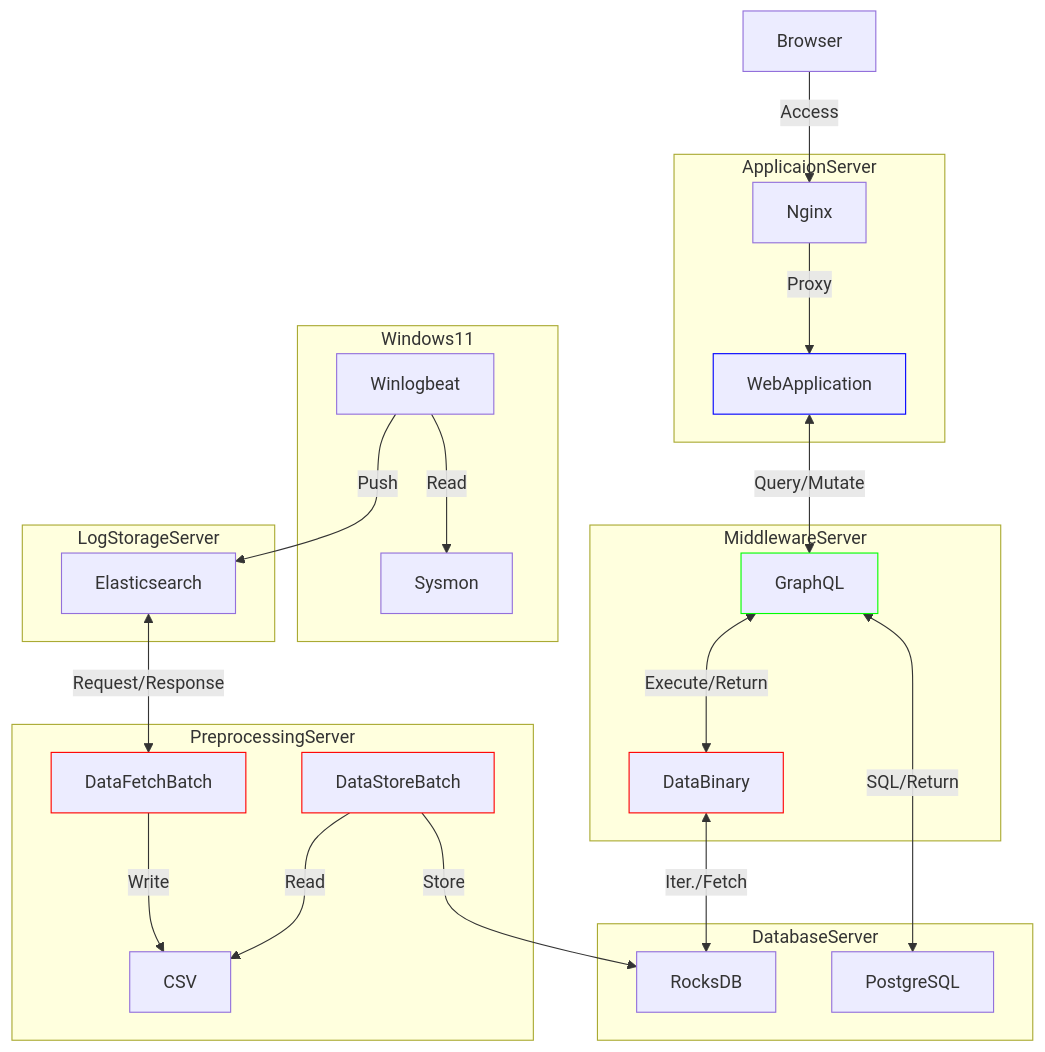
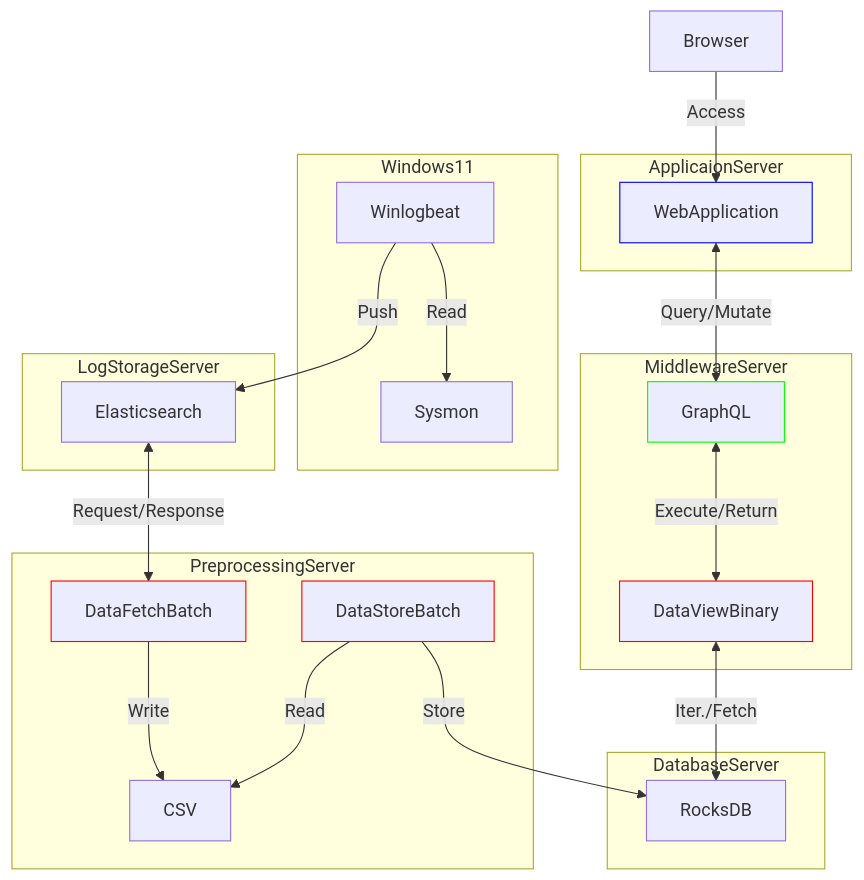
The first of 2 diagrams in README.md (dongju93/elarocks), drawn with Mermaid before and after one commit. The commit also changed other lines of this file, not shown here.

Commit message:
add ver2 diagram

````diff
--- a/README.md
+++ b/README.md
@@ -1,32 +2,29 @@
 ```mermaid
 flowchart TB
 	subgraph Windows11
 	  Winlogbeat--Read-->Sysmon
 	end
 	subgraph LogStorageServer
 		Winlogbeat--Push-->Elasticsearch
 	end
 	subgraph PreprocessingServer
 		Elasticsearch<--Request/Response-->DataFetchBatch:::foo
 		DataFetchBatch:::foo--Write-->CSV
 		DataStoreBatch:::foo--Read-->CSV
 	end
 	subgraph DatabaseServer
 		DataStoreBatch:::foo--Store-->RocksDB
-		PostgreSQL
 	end
 	subgraph MiddlewareServer
-		DataBinary:::foo<--Iter./Fetch-->RocksDB
-		GraphQL:::bar<--Execute/Return-->DataBinary:::foo
-		GraphQL:::bar<--SQL/Return-->PostgreSQL
+		DataViewBinary:::foo<--Iter./Fetch-->RocksDB
+		GraphQL:::bar<--Execute/Return-->DataViewBinary:::foo
 	end
 	subgraph ApplicaionServer
 		WebApplication:::foobar<--Query/Mutate-->GraphQL:::bar
-		Nginx--Proxy-->WebApplication:::foobar	
 	end
-	Browser--Access-->Nginx
+	Browser--Access-->WebApplication:::foobar
 
 classDef foo stroke:#f00
 classDef bar stroke:#0f0
 classDef foobar stroke:#00f
 ```
````
